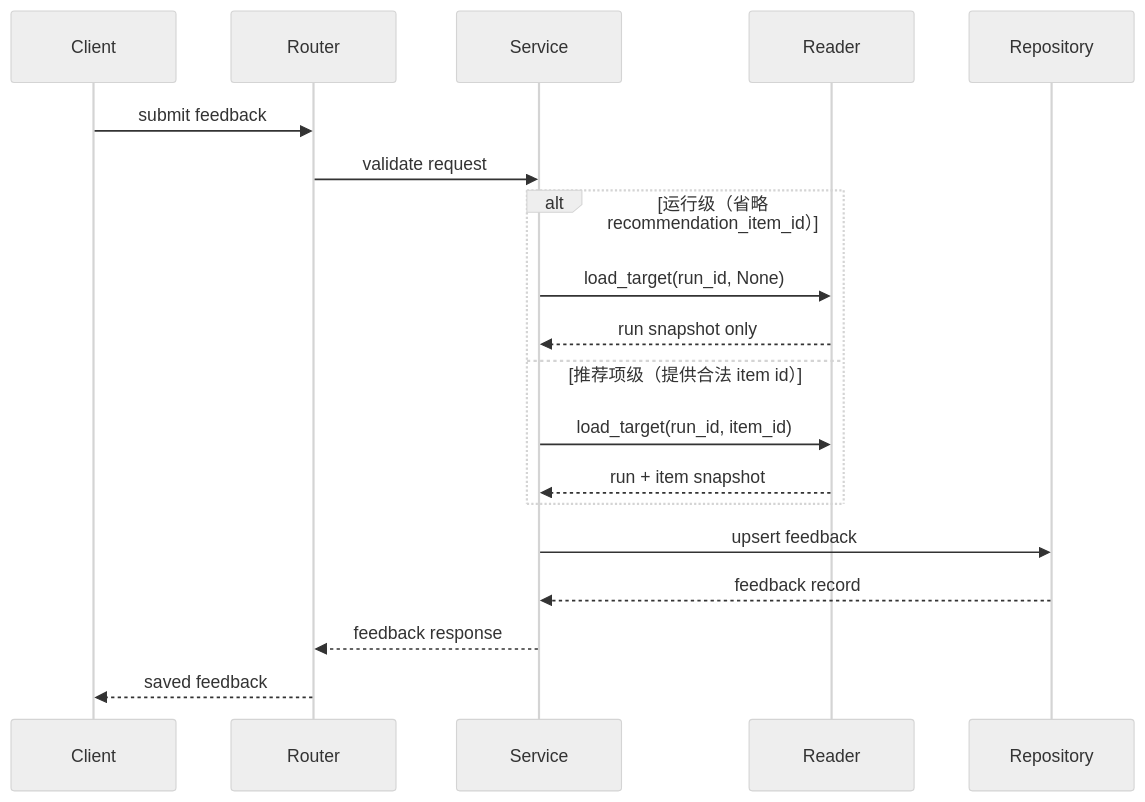
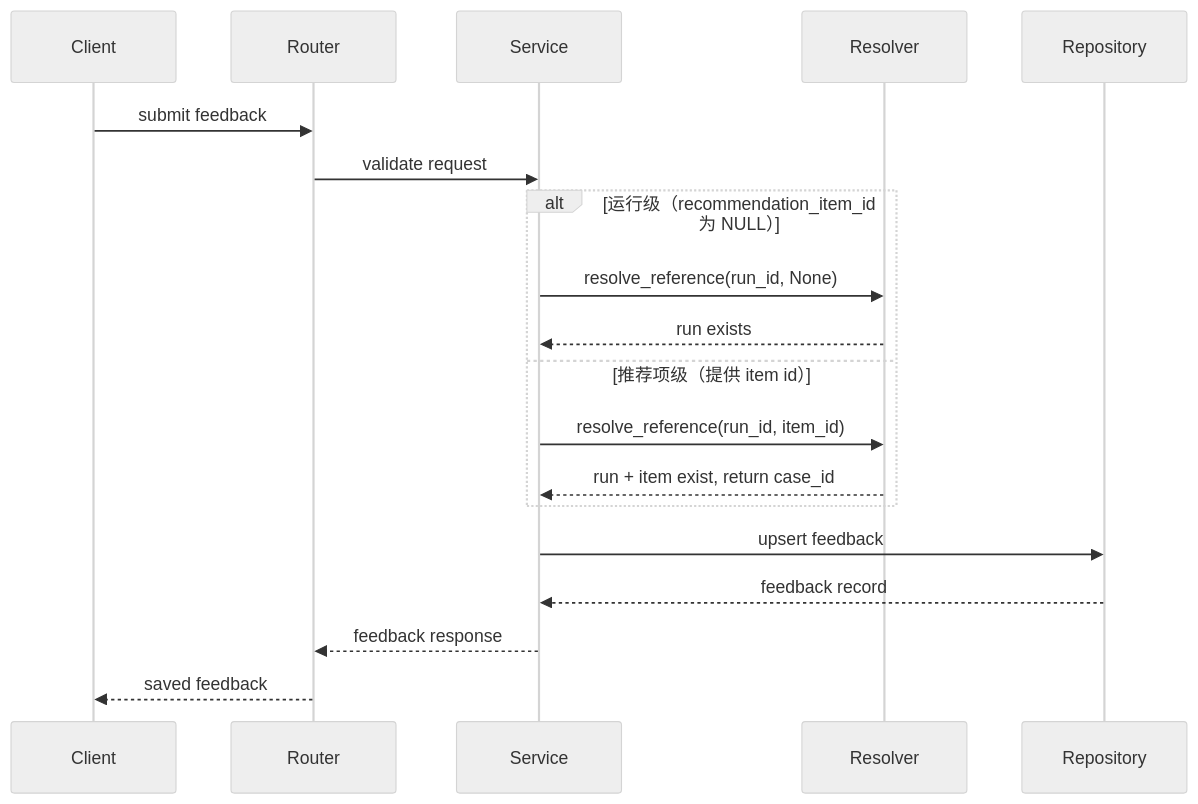
The second of 6 diagrams in .kiro/specs/recommendation-feedback/design.md (aierdong/a3-cbr), drawn with Mermaid (neutral theme) before and after one commit. The commit also changed other lines of this file and 4 other files, not shown here.

````diff
--- a/.kiro/specs/recommendation-feedback/design.md
+++ b/.kiro/specs/recommendation-feedback/design.md
@@ -136,21 +161,21 @@
 ```mermaid
 sequenceDiagram
     participant Client
     participant Router
     participant Service
-    participant Reader
+    participant Resolver
     participant Repository
     Client->>Router: submit feedback
     Router->>Service: validate request
-    alt 运行级（省略 recommendation_item_id）
-        Service->>Reader: load_target(run_id, None)
-        Reader-->>Service: run snapshot only
-    else 推荐项级（提供合法 item id）
-        Service->>Reader: load_target(run_id, item_id)
-        Reader-->>Service: run + item snapshot
+    alt 运行级（recommendation_item_id 为 NULL）
+        Service->>Resolver: resolve_reference(run_id, None)
+        Resolver-->>Service: run exists
+    else 推荐项级（提供 item id）
+        Service->>Resolver: resolve_reference(run_id, item_id)
+        Resolver-->>Service: run + item exist, return case_id
     end
     Service->>Repository: upsert feedback
     Repository-->>Service: feedback record
     Service-->>Router: feedback response
     Router-->>Client: saved feedback
 ```
````
